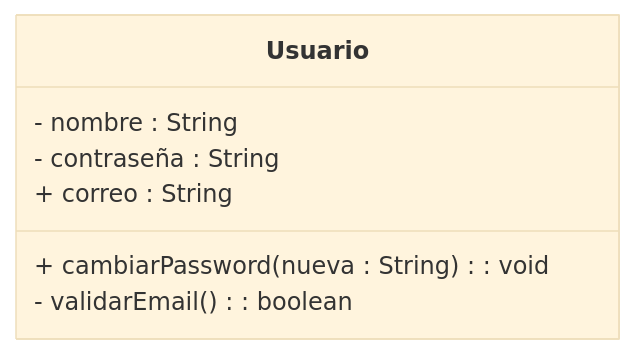
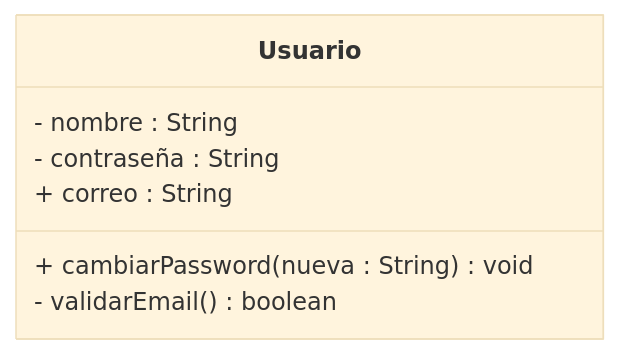
One commit to LastraMigue/6.2.Bateria-de-ejercicios changed the first of 2 diagrams in README.md. Above: the diagram before and after it, drawn with Mermaid (base theme). The commit also changed other lines of this file, not shown here.

Commit message:
Fix method in README.md

````diff
--- a/README.md
+++ b/README.md
@@ -5,11 +5,11 @@
 ```mermaid
 classDiagram
 direction TB
     class Usuario {
         - nombre : String
         - contraseña : String
         + correo : String
-        + cambiarPassword(nueva : String) : void
-        - validarEmail() : boolean
+        + cambiarPassword(nueva : String) void
+        - validarEmail() boolean
     }
 ```
````
